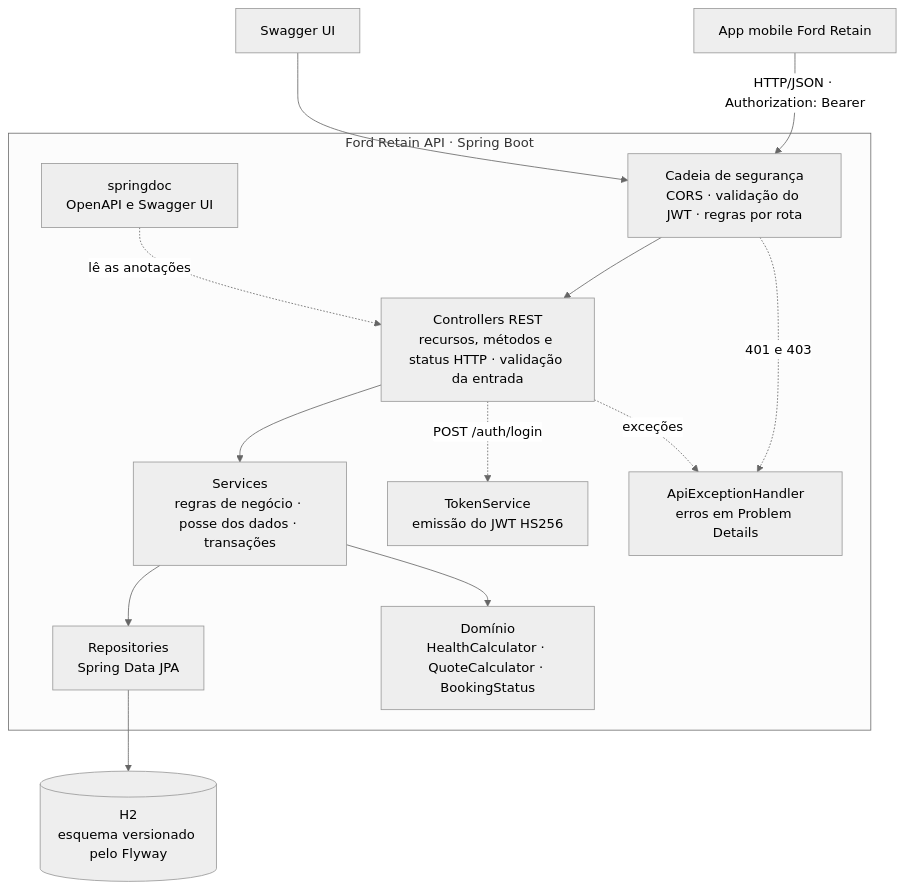
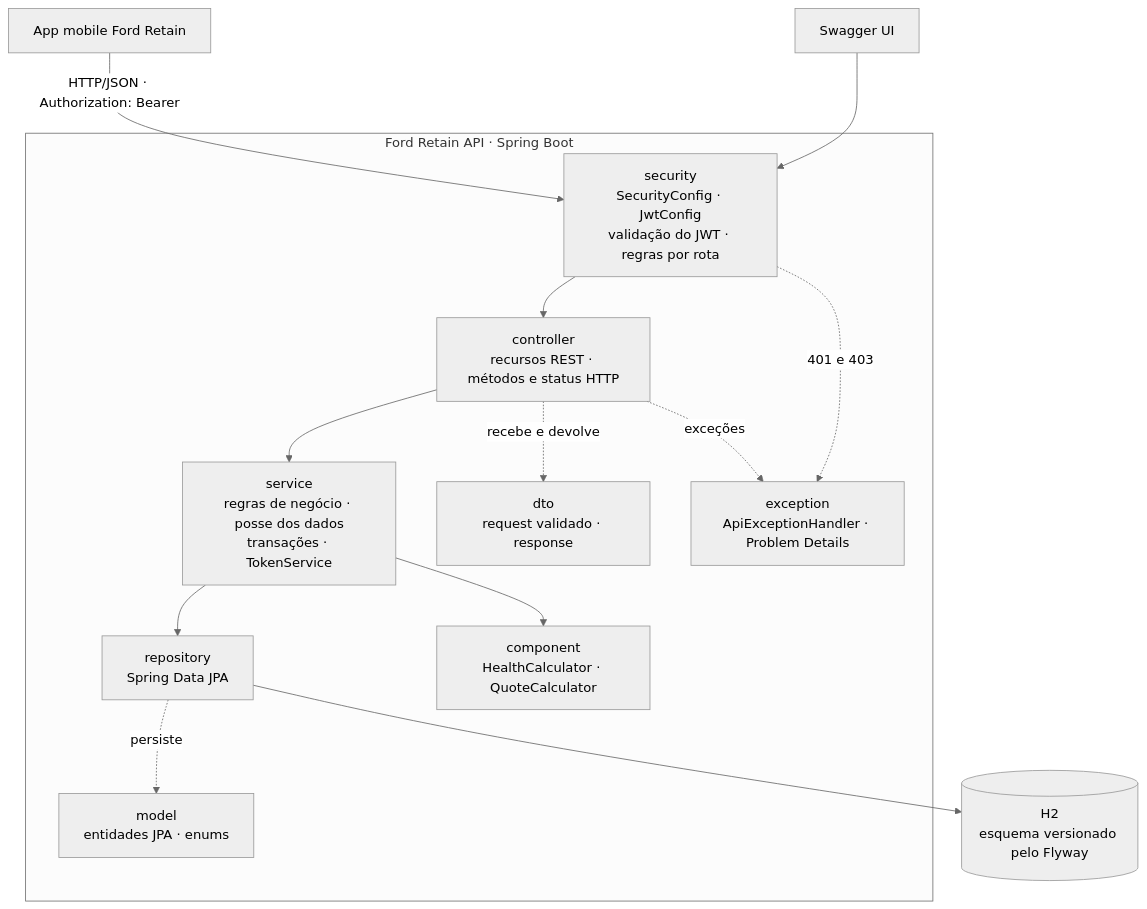
Before and after one commit to La-Elvis-Tech-2/src-ford-retain-back-end: the first of 2 diagrams in README.md, drawn with Mermaid (neutral theme). The commit also changed other lines of this file and 1 other file, not shown here.

Commit message:
docs: describe the layered architecture in the readme and the component diagram

````diff
--- a/README.md
+++ b/README.md
@@ -91,29 +93,29 @@
 ```mermaid
 flowchart TB
     APP["App mobile Ford Retain"]
     SW["Swagger UI"]
 
     subgraph API["Ford Retain API · Spring Boot"]
-        SEC["Cadeia de segurança<br/>CORS · validação do JWT · regras por rota"]
-        CTRL["Controllers REST<br/>recursos, métodos e status HTTP · validação da entrada"]
-        SVC["Services<br/>regras de negócio · posse dos dados · transações"]
-        REPO["Repositories<br/>Spring Data JPA"]
-        TOK["TokenService<br/>emissão do JWT HS256"]
-        ERR["ApiExceptionHandler<br/>erros em Problem Details"]
-        DOM["Domínio<br/>HealthCalculator · QuoteCalculator · BookingStatus"]
-        DOC["springdoc<br/>OpenAPI e Swagger UI"]
+        SEC["security<br/>SecurityConfig · JwtConfig<br/>validação do JWT · regras por rota"]
+        CTRL["controller<br/>recursos REST · métodos e status HTTP"]
+        SVC["service<br/>regras de negócio · posse dos dados<br/>transações · TokenService"]
+        COMP["component<br/>HealthCalculator · QuoteCalculator"]
+        REPO["repository<br/>Spring Data JPA"]
+        DTO["dto<br/>request validado · response"]
+        MODEL["model<br/>entidades JPA · enums"]
+        EXC["exception<br/>ApiExceptionHandler · Problem Details"]
 
         SEC --> CTRL --> SVC --> REPO
-        CTRL -.->|"POST /auth/login"| TOK
-        SEC -.->|"401 e 403"| ERR
-        CTRL -.->|"exceções"| ERR
-        SVC --> DOM
-        DOC -.->|"lê as anotações"| CTRL
+        SVC --> COMP
+        CTRL -.->|"recebe e devolve"| DTO
+        REPO -.->|"persiste"| MODEL
+        SEC -.->|"401 e 403"| EXC
+        CTRL -.->|"exceções"| EXC
     end
 
     DB[("H2<br/>esquema versionado pelo Flyway")]
 
     APP -->|"HTTP/JSON · Authorization: Bearer"| SEC
     SW --> SEC
     REPO --> DB
 ```
````
